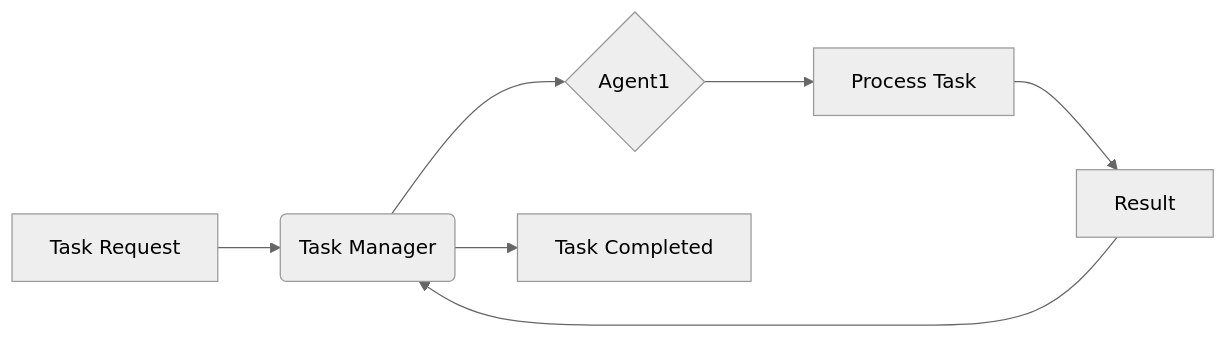
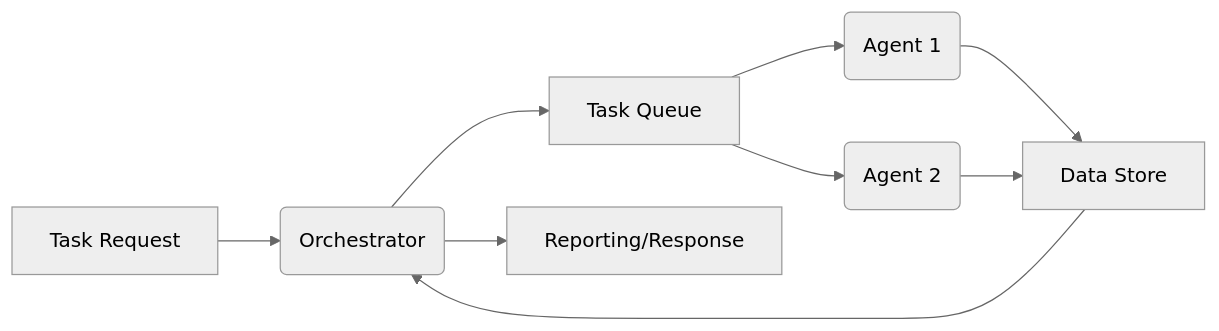
Before and after one commit to deepakgarg1986/MultiAgent: the third of 3 diagrams in docs/Architecture-Analysis.md, drawn with Mermaid (neutral theme). The commit also changed other lines of this file and 5 other files, not shown here.

````diff
--- a/docs/Architecture-Analysis.md
+++ b/docs/Architecture-Analysis.md
@@ -91,9 +87,11 @@
 ```mermaid
 graph LR
-    A[Task Request] --> B(Task Manager);
-    B --> C{Agent1};
-    C --> D[Process Task];
-    D --> E[Result];
-    E --> B;
-    B --> F[Task Completed];
+    A[Task Request] --> B(Orchestrator);
+    B --> C[Task Queue];
+    C --> D(Agent 1);
+    C --> E(Agent 2);
+    D --> F[Data Store];
+    E --> F;
+    F --> B;
+    B --> G[Reporting/Response];
 ```
````
